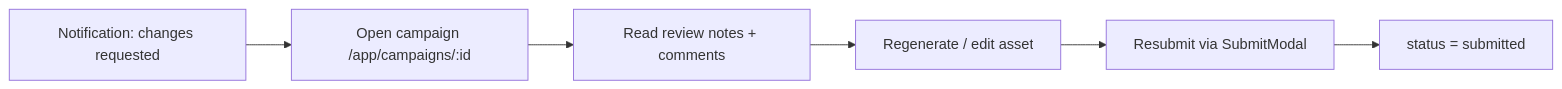
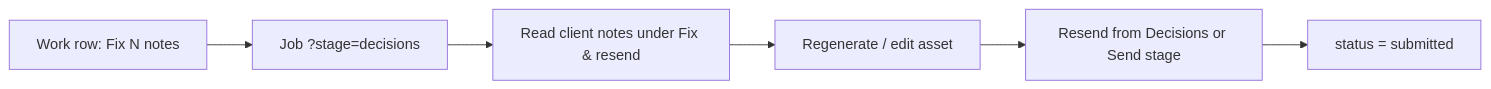
The second of 2 diagrams in docs/06-persona-flows/01-agency-creative.md (olutosin007/jigi-adcentral-01), drawn with Mermaid before and after one commit. The commit also changed other lines of this file and 14 other files, not shown here.

First line of the commit message:
feat(handoff-os): Send, Decisions and Approved job stages with human status language

````diff
--- a/docs/06-persona-flows/01-agency-creative.md
+++ b/docs/06-persona-flows/01-agency-creative.md
@@ -60,8 +61,8 @@
 ```mermaid
 flowchart LR
-    A[Notification: changes requested] --> B[Open campaign /app/campaigns/:id]
-    B --> C[Read review notes + comments]
+    A[Work row: Fix N notes] --> B[Job ?stage=decisions]
+    B --> C[Read client notes under Fix & resend]
     C --> D[Regenerate / edit asset]
-    D --> E[Resubmit via SubmitModal]
+    D --> E[Resend from Decisions or Send stage]
     E --> F[status = submitted]
 ```
````
